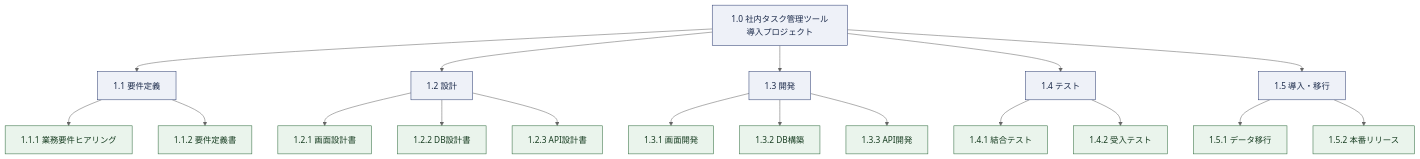
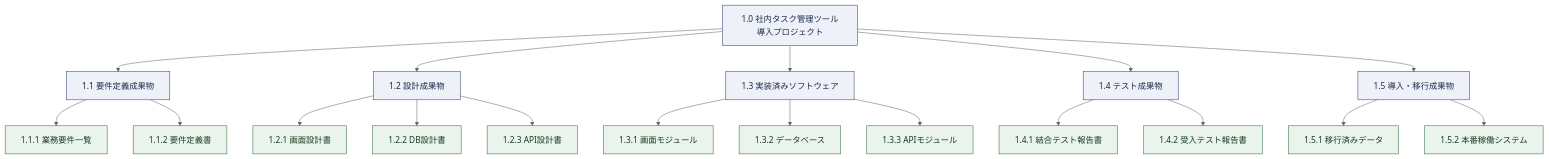
Before and after one commit to myoshi2891/Management-Team-Building-Studies: the fifth of 10 diagrams in archive/Certified-Associate-in-Project-Management/Certified-associate-in-project-management-domain2.md, drawn with Mermaid (neutral theme). The commit also changed 3 other files, not shown here.

Commit message:
fix(pages): CAPM ドメイン2のWBS図を成果物指向に更新しスタイルを調整

````diff
--- a/archive/Certified-Associate-in-Project-Management/Certified-associate-in-project-management-domain2.md
+++ b/archive/Certified-Associate-in-Project-Management/Certified-associate-in-project-management-domain2.md
@@ -235,31 +235,31 @@
 ```mermaid
 flowchart TD
     ROOT["1.0 社内タスク管理ツール導入プロジェクト"]
-    ROOT --> D1["1.1 要件定義"]
-    ROOT --> D2["1.2 設計"]
-    ROOT --> D3["1.3 開発"]
-    ROOT --> D4["1.4 テスト"]
-    ROOT --> D5["1.5 導入・移行"]
+    ROOT --> D1["1.1 要件定義成果物"]
+    ROOT --> D2["1.2 設計成果物"]
+    ROOT --> D3["1.3 実装済みソフトウェア"]
+    ROOT --> D4["1.4 テスト成果物"]
+    ROOT --> D5["1.5 導入・移行成果物"]
 
-    D1 --> W1["1.1.1 業務要件ヒアリング"]
+    D1 --> W1["1.1.1 業務要件一覧"]
     D1 --> W2["1.1.2 要件定義書"]
 
     D2 --> W3["1.2.1 画面設計書"]
     D2 --> W4["1.2.2 DB設計書"]
     D2 --> W5["1.2.3 API設計書"]
 
-    D3 --> W6["1.3.1 画面開発"]
-    D3 --> W7["1.3.2 DB構築"]
-    D3 --> W8["1.3.3 API開発"]
+    D3 --> W6["1.3.1 画面モジュール"]
+    D3 --> W7["1.3.2 データベース"]
+    D3 --> W8["1.3.3 APIモジュール"]
 
-    D4 --> W9["1.4.1 結合テスト"]
-    D4 --> W10["1.4.2 受入テスト"]
+    D4 --> W9["1.4.1 結合テスト報告書"]
+    D4 --> W10["1.4.2 受入テスト報告書"]
 
-    D5 --> W11["1.5.1 データ移行"]
-    D5 --> W12["1.5.2 本番リリース"]
+    D5 --> W11["1.5.1 移行済みデータ"]
+    D5 --> W12["1.5.2 本番稼働システム"]
 
     classDef box fill:#eef1f8,stroke:#2e3f72,stroke-width:1px,color:#1b2a4a
     classDef leaf fill:#eaf4ec,stroke:#2f6b3d,stroke-width:1px,color:#173d21
     class ROOT,D1,D2,D3,D4,D5 box
     class W1,W2,W3,W4,W5,W6,W7,W8,W9,W10,W11,W12 leaf
 ```
````
